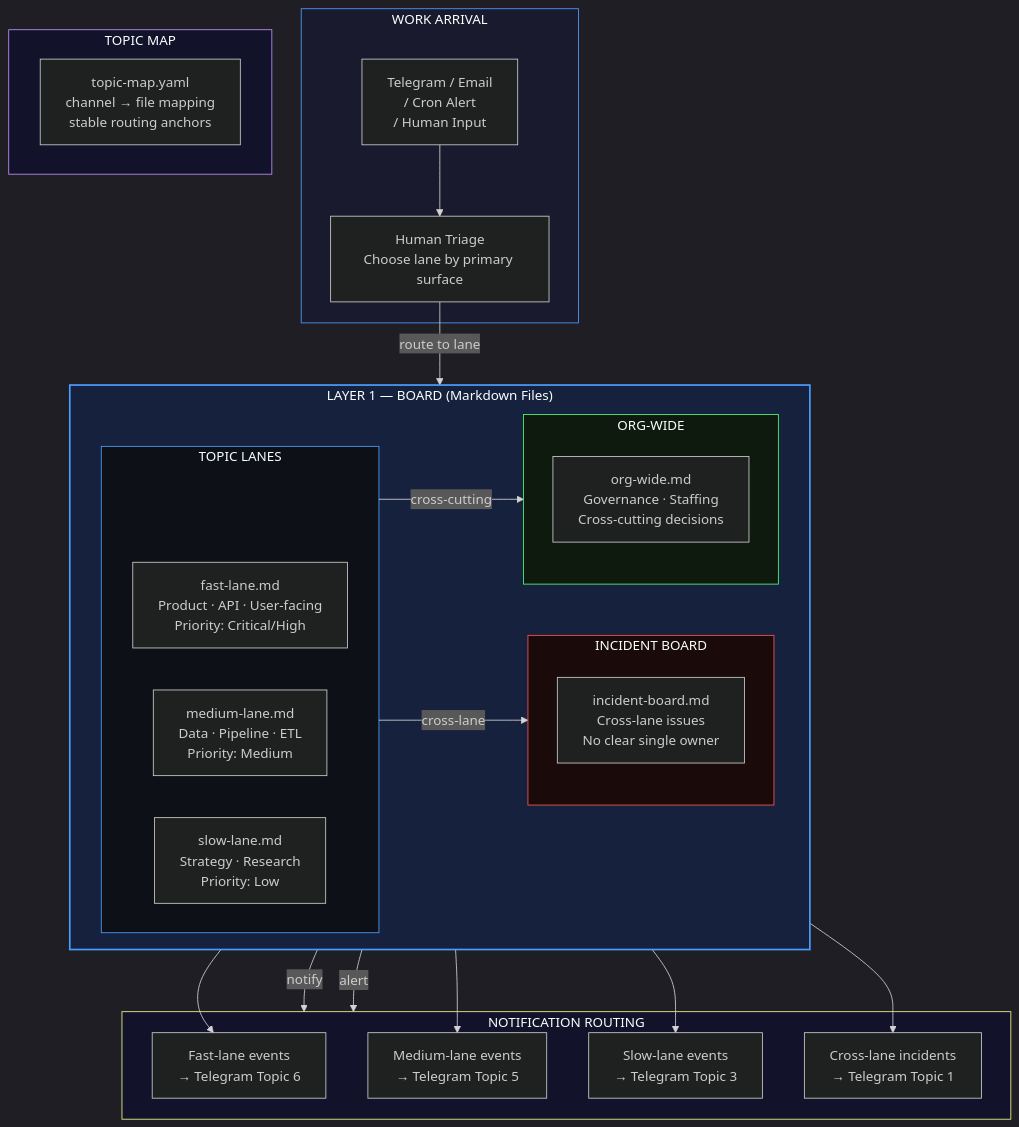
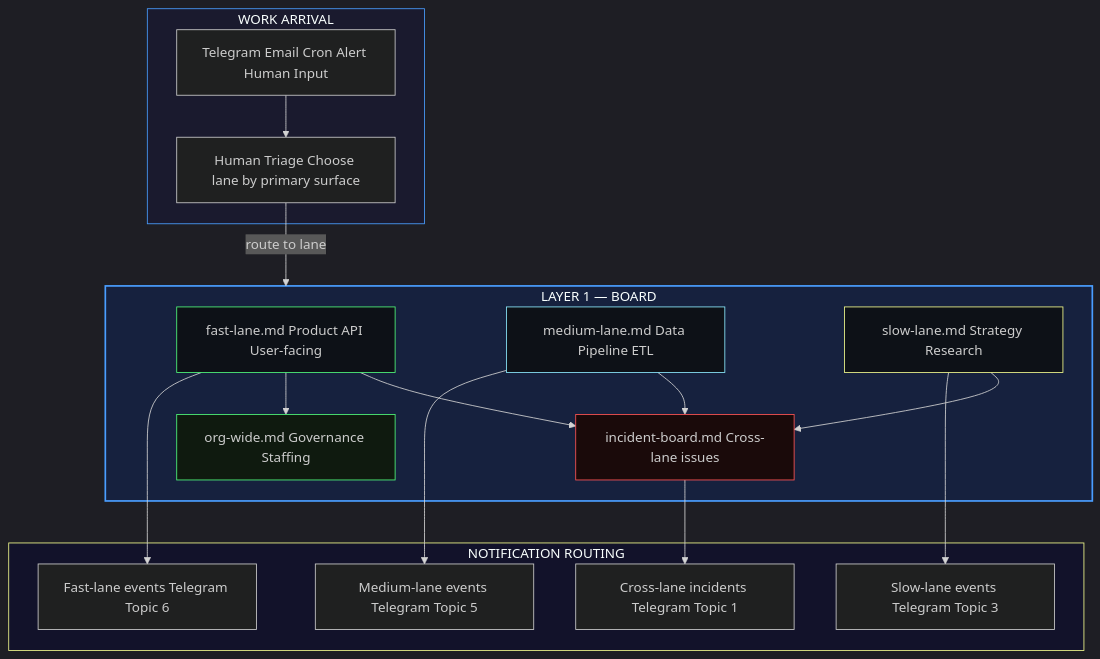
Before and after one commit to mmartoccia/ghost-orchestration-pattern: the diagram in diagrams/BOARD_LAYER.mmd, drawn with Mermaid. The commit also changed 5 other files, not shown here.

First line of the commit message:
Simplify all diagrams to basic Mermaid syntax for maximum compatibility

````diff
--- a/diagrams/BOARD_LAYER.mmd
+++ b/diagrams/BOARD_LAYER.mmd
@@ -1,60 +1,43 @@
 ```mermaid
 %%{init: {"theme": "dark"}}%%
 flowchart TB
     subgraph INTAKE["WORK ARRIVAL"]
-        MSG["Telegram / Email\n/ Cron Alert\n/ Human Input"]
-        TRIAGE["Human Triage\nChoose lane by primary surface"]
+        MSG["Telegram Email Cron Alert Human Input"]
+        TRIAGE["Human Triage Choose lane by primary surface"]
+    end
+    MSG --> TRIAGE
+
+    subgraph BOARD["LAYER 1 — BOARD"]
+        FL["fast-lane.md Product API User-facing"]
+        ML["medium-lane.md Data Pipeline ETL"]
+        SL["slow-lane.md Strategy Research"]
+        IB["incident-board.md Cross-lane issues"]
+        OW["org-wide.md Governance Staffing"]
+        FL --> IB
+        ML --> IB
+        SL --> IB
+        FL --> OW
     end
 
-    MSG --> TRIAGE
-
-    subgraph BOARD["LAYER 1 — BOARD  (Markdown Files)"]
-        direction LR
-        
-        subgraph LANES["TOPIC LANES"]
-            FL["fast-lane.md\nProduct · API · User-facing\nPriority: Critical/High"]
-            ML["medium-lane.md\nData · Pipeline · ETL\nPriority: Medium"]
-            SL["slow-lane.md\nStrategy · Research\nPriority: Low"]
-        end
-        
-        subgraph INC["INCIDENT BOARD"]
-            IB["incident-board.md\nCross-lane issues\nNo clear single owner"]
-        end
-        
-        subgraph ORG["ORG-WIDE"]
-            OW["org-wide.md\nGovernance · Staffing\nCross-cutting decisions"]
-        end
-        
-        LANES -->|"cross-lane"| INC
-        LANES -->|"cross-cutting"| ORG
-    end
-
-    TRIAGE -->|"route to lane"| LANES
-
-    subgraph TOPICMAP["TOPIC MAP"]
-        TM["topic-map.yaml\nchannel → file mapping\nstable routing anchors"]
-    end
-
-    LANES -->|"notify"| NOTIFY
-    INC -->|"alert"| NOTIFY
+    TRIAGE -->|"route to lane"| BOARD
 
     subgraph NOTIFY["NOTIFICATION ROUTING"]
-        N1["Fast-lane events\n→ Telegram Topic 6"]
-        N2["Medium-lane events\n→ Telegram Topic 5"]
-        N3["Slow-lane events\n→ Telegram Topic 3"]
-        N4["Cross-lane incidents\n→ Telegram Topic 1"]
+        N1["Fast-lane events Telegram Topic 6"]
+        N2["Medium-lane events Telegram Topic 5"]
+        N3["Slow-lane events Telegram Topic 3"]
+        N4["Cross-lane incidents Telegram Topic 1"]
     end
-
     FL --> N1
     ML --> N2
     SL --> N3
-    INC --> N4
+    IB --> N4
 
     style INTAKE fill:#1a1a2e,stroke:#4a9eff,stroke-width:1px
     style BOARD fill:#16213e,stroke:#4a9eff,stroke-width:2px
-    style LANES fill:#0d1117,stroke:#4a9eff,stroke-width:1px
-    style INC fill:#1a0a0a,stroke:#ff5555,stroke-width:1px
-    style ORG fill:#0f1a0f,stroke:#50fa7b,stroke-width:1px
-    style TOPICMAP fill:#12122a,stroke:#bd93f9,stroke-width:1px
+    style FL fill:#0d1117,stroke:#50fa7b,stroke-width:1px
+    style ML fill:#0d1117,stroke:#8be9fd,stroke-width:1px
+    style SL fill:#0d1117,stroke:#f1fa8c,stroke-width:1px
+    style IB fill:#1a0a0a,stroke:#ff5555,stroke-width:1px
+    style OW fill:#0f1a0f,stroke:#50fa7b,stroke-width:1px
     style NOTIFY fill:#12122a,stroke:#f1fa8c,stroke-width:1px
 ```
````
